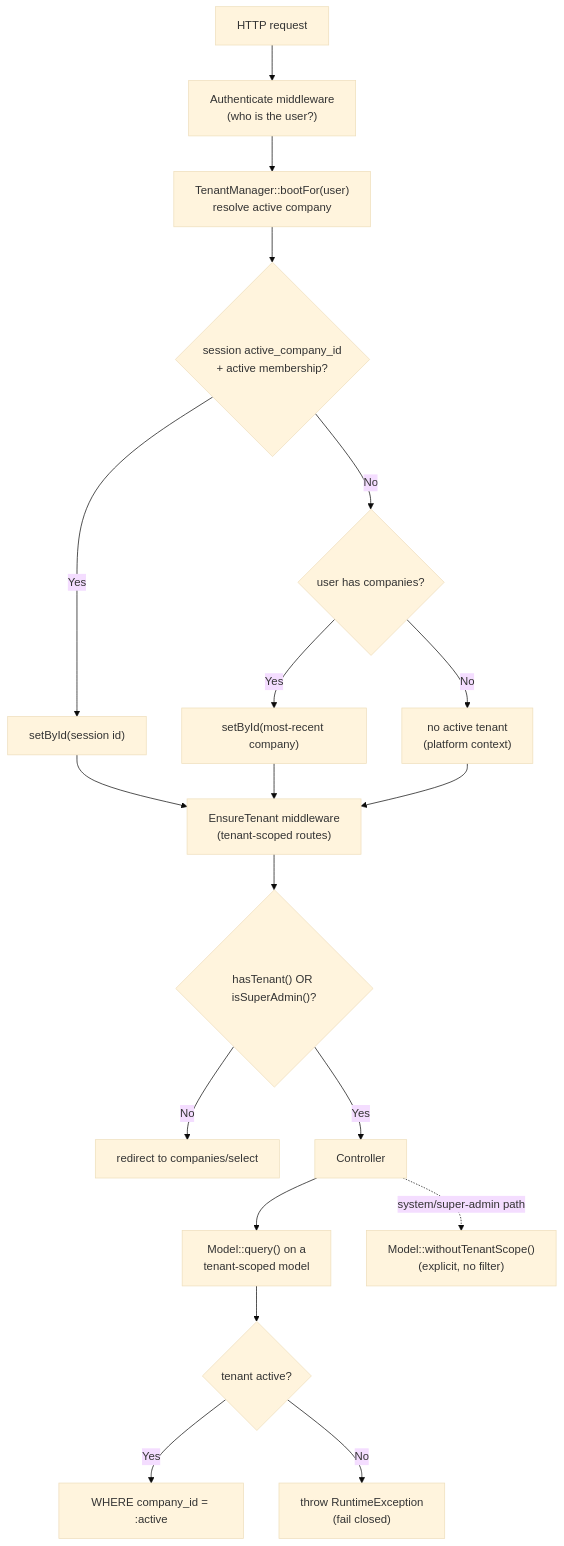
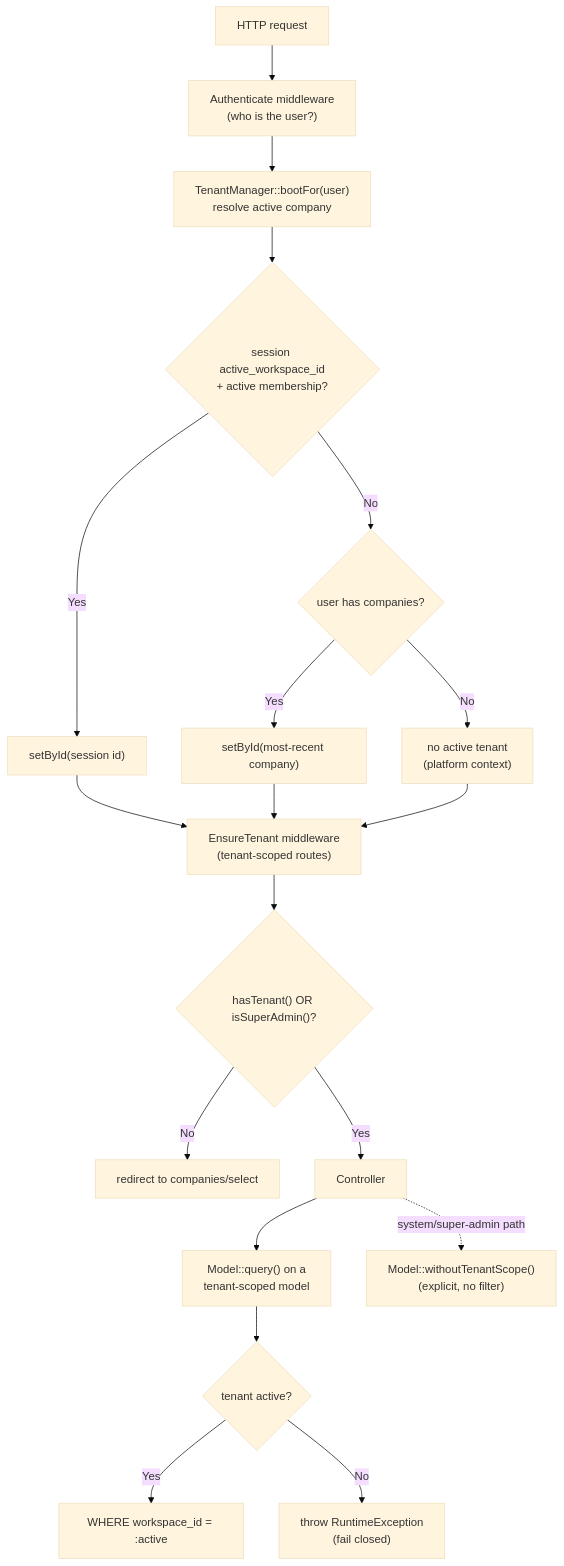
One commit to ammarnabileg/crm changed the diagram in docs/08-Multi-Tenant.md. Above: the diagram before and after it, drawn with Mermaid (base theme). The commit also changed other lines of this file and 47 other files, not shown here.

````diff
--- a/docs/08-Multi-Tenant.md
+++ b/docs/08-Multi-Tenant.md
@@ -76,21 +76,21 @@
 ```mermaid
 flowchart TD
     REQ["HTTP request"] --> AUTH["Authenticate middleware<br/>(who is the user?)"]
     AUTH --> BOOT["TenantManager::bootFor(user)<br/>resolve active company"]
-    BOOT --> S1{"session active_company_id<br/>+ active membership?"}
+    BOOT --> S1{"session active_workspace_id<br/>+ active membership?"}
     S1 -- Yes --> SET1["setById(session id)"]
     S1 -- No --> S2{"user has companies?"}
     S2 -- Yes --> SET2["setById(most-recent company)"]
     S2 -- No --> NONE["no active tenant<br/>(platform context)"]
     SET1 --> ET["EnsureTenant middleware<br/>(tenant-scoped routes)"]
     SET2 --> ET
     NONE --> ET
     ET --> ETQ{"hasTenant() OR isSuperAdmin()?"}
     ETQ -- No --> REDIR["redirect to companies/select"]
     ETQ -- Yes --> CTRL["Controller"]
     CTRL --> MQ["Model::query() on a<br/>tenant-scoped model"]
     MQ --> SCOPE{"tenant active?"}
-    SCOPE -- Yes --> OK["WHERE company_id = :active"]
+    SCOPE -- Yes --> OK["WHERE workspace_id = :active"]
     SCOPE -- No --> THROW["throw RuntimeException<br/>(fail closed)"]
     CTRL -. "system/super-admin path" .-> ESC["Model::withoutTenantScope()<br/>(explicit, no filter)"]
 ```
````
